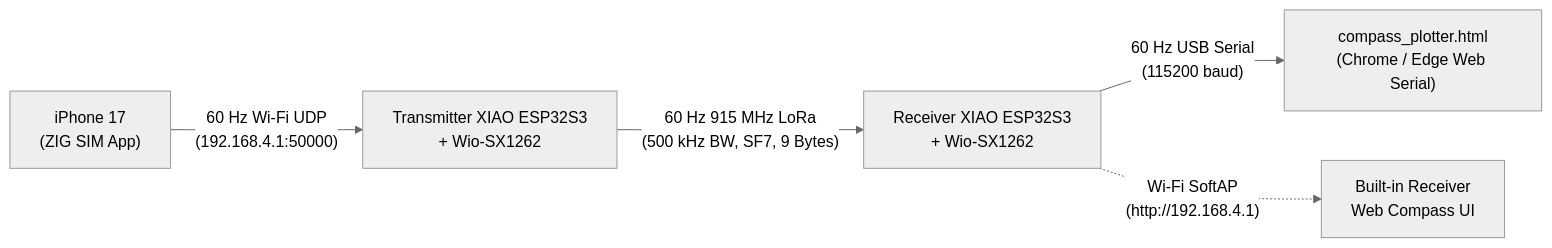
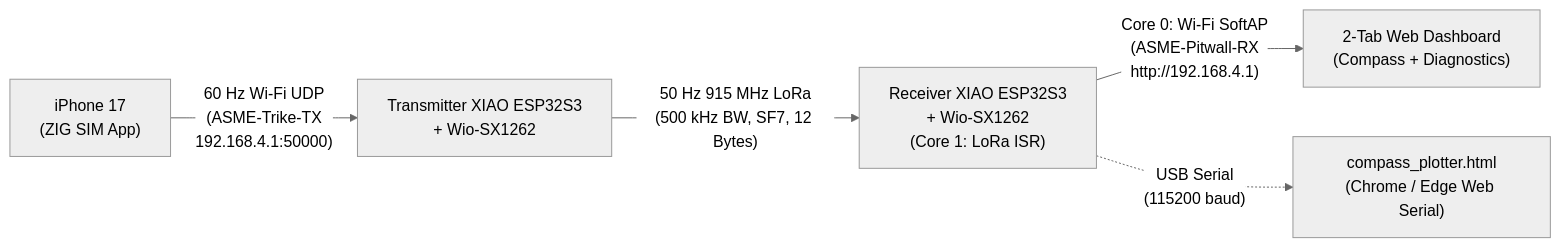
Before and after one commit to sjiyeng/MAE-495-Final-Project: the diagram in test/test_zig_lora_60hz/README.md, drawn with Mermaid (neutral theme). The commit also changed other lines of this file and 2 other files, not shown here.

````diff
--- a/test/test_zig_lora_60hz/README.md
+++ b/test/test_zig_lora_60hz/README.md
@@ -5,7 +5,7 @@
 ```mermaid
 flowchart LR
-    Phone["iPhone 17\n(ZIG SIM App)"] -- "60 Hz Wi-Fi UDP\n(192.168.4.1:50000)" --> TX["Transmitter XIAO ESP32S3\n+ Wio-SX1262"]
-    TX -- "60 Hz 915 MHz LoRa\n(500 kHz BW, SF7, 9 Bytes)" --> RX["Receiver XIAO ESP32S3\n+ Wio-SX1262"]
-    RX -- "60 Hz USB Serial\n(115200 baud)" --> Web["compass_plotter.html\n(Chrome / Edge Web Serial)"]
-    RX -. "Wi-Fi SoftAP\n(http://192.168.4.1)" .-> PitUI["Built-in Receiver\nWeb Compass UI"]
+    Phone["iPhone 17\n(ZIG SIM App)"] -- "60 Hz Wi-Fi UDP\n(ASME-Trike-TX\n192.168.4.1:50000)" --> TX["Transmitter XIAO ESP32S3\n+ Wio-SX1262"]
+    TX -- "50 Hz 915 MHz LoRa\n(500 kHz BW, SF7, 12 Bytes)" --> RX["Receiver XIAO ESP32S3\n+ Wio-SX1262\n(Core 1: LoRa ISR)"]
+    RX -- "Core 0: Wi-Fi SoftAP\n(ASME-Pitwall-RX\nhttp://192.168.4.1)" --> PitUI["2-Tab Web Dashboard\n(Compass + Diagnostics)"]
+    RX -. "USB Serial\n(115200 baud)" .-> Web["compass_plotter.html\n(Chrome / Edge Web Serial)"]
 ```
````
